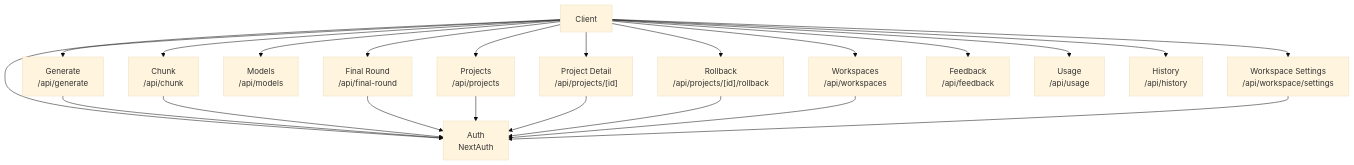
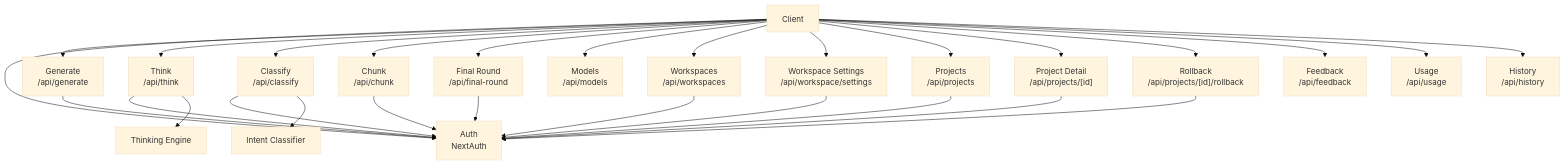
One commit to shekhargiri005-dotcom/AI-powered-accessibility-first-UI-engine changed the second of 16 diagrams in .qoder/repowiki/en/content/Architecture & Design/Layered Architecture/API Layer/API Layer.md. Above: the diagram before and after it, drawn with Mermaid (base theme). The commit also changed other lines of this file and 8 other files, not shown here.

````diff
--- a/.qoder/repowiki/en/content/Architecture & Design/Layered Architecture/API Layer/API Layer.md
+++ b/.qoder/repowiki/en/content/Architecture & Design/Layered Architecture/API Layer/API Layer.md
@@ -115,38 +142,46 @@
 ```mermaid
 graph TB
 CLIENT["Client"]
 AUTH["Auth<br/>NextAuth"]
 GEN["Generate<br/>/api/generate"]
+THINK["Think<br/>/api/think"]
+CLASSIFY["Classify<br/>/api/classify"]
 CHUNK["Chunk<br/>/api/chunk"]
 FINAL["Final Round<br/>/api/final-round"]
 MODELS["Models<br/>/api/models"]
 WS["Workspaces<br/>/api/workspaces"]
 WSSET["Workspace Settings<br/>/api/workspace/settings"]
 PROJ["Projects<br/>/api/projects"]
 PROJID["Project Detail<br/>/api/projects/[id]"]
 ROLL["Rollback<br/>/api/projects/[id]/rollback"]
 FEED["Feedback<br/>/api/feedback"]
 USAGE["Usage<br/>/api/usage"]
 HISTORY["History<br/>/api/history"]
 CLIENT --> AUTH
 CLIENT --> GEN
+CLIENT --> THINK
+CLIENT --> CLASSIFY
 CLIENT --> CHUNK
 CLIENT --> FINAL
 CLIENT --> MODELS
 CLIENT --> WS
 CLIENT --> WSSET
 CLIENT --> PROJ
 CLIENT --> PROJID
 CLIENT --> ROLL
 CLIENT --> FEED
 CLIENT --> USAGE
 CLIENT --> HISTORY
 GEN --> AUTH
+THINK --> AUTH
+THINK --> THINKENG["Thinking Engine"]
+CLASSIFY --> AUTH
+CLASSIFY --> INTCLAS["Intent Classifier"]
 CHUNK --> AUTH
 FINAL --> AUTH
 PROJ --> AUTH
 PROJID --> AUTH
 ROLL --> AUTH
 WS --> AUTH
 WSSET --> AUTH
 ```
````
